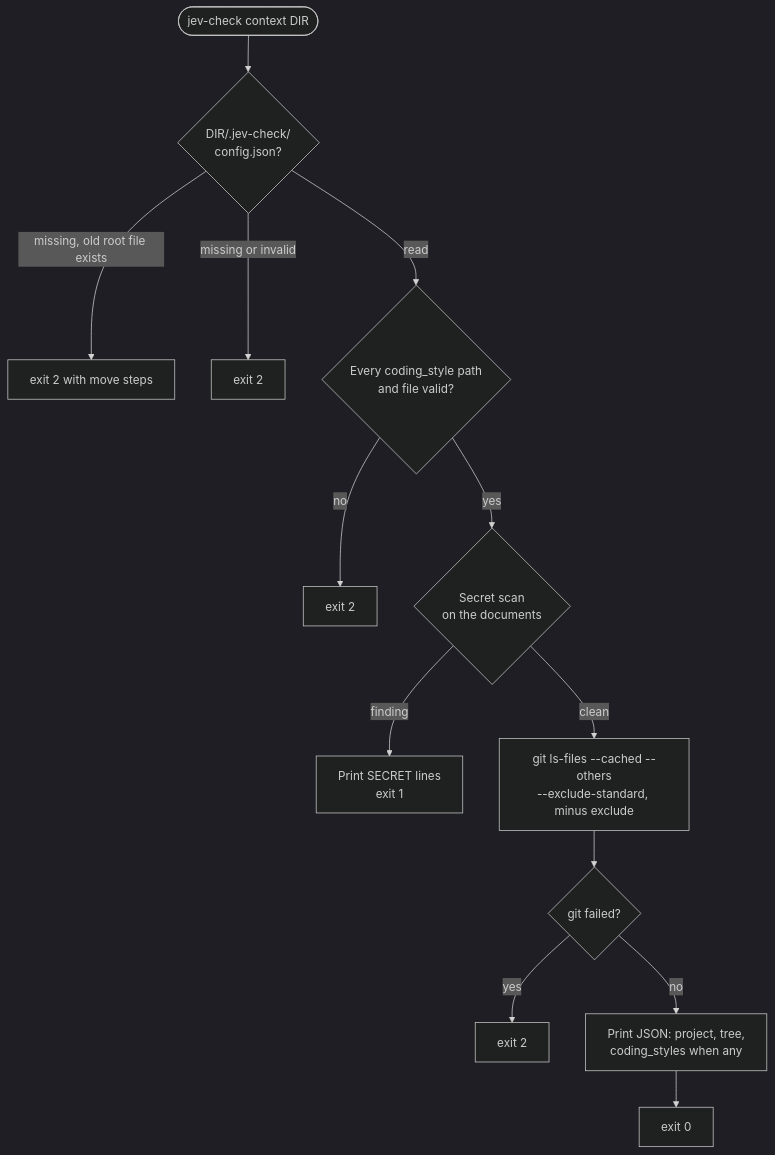
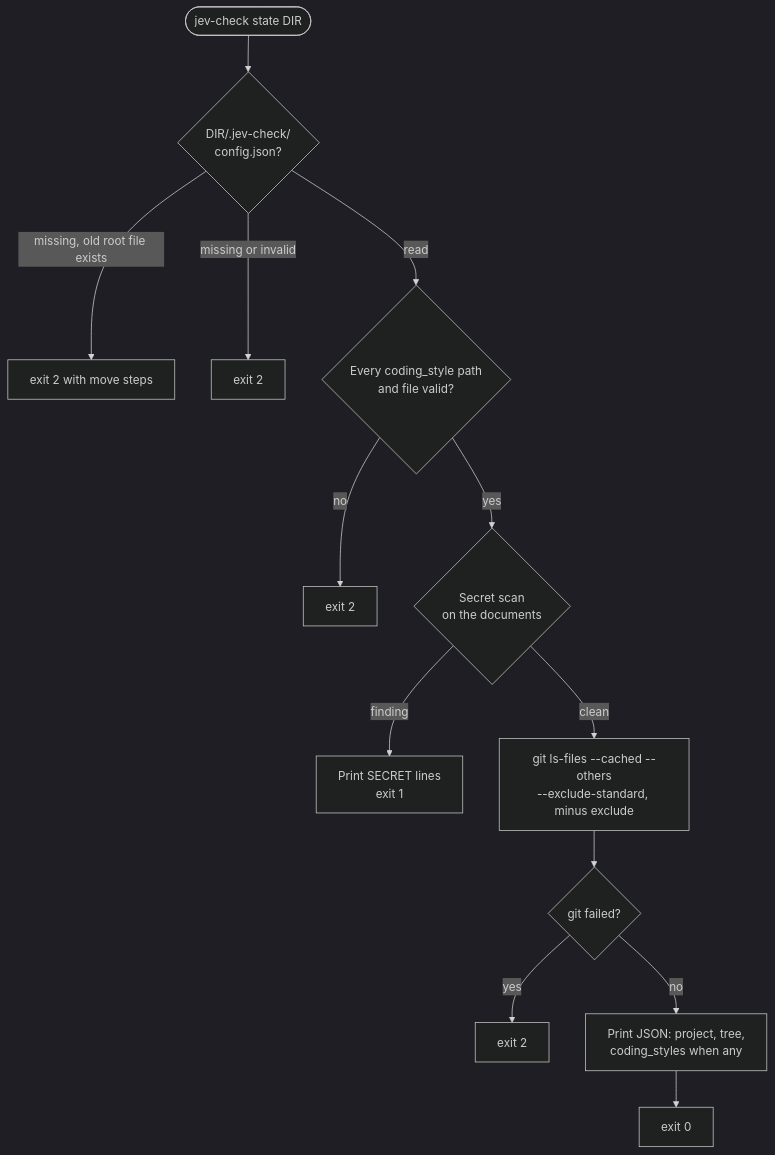
The seventh of 12 diagrams in README.md (luisferrassini/jev-check), drawn with Mermaid (dark theme) before and after one commit. The commit also changed other lines of this file and 7 other files, not shown here.

````diff
--- a/README.md
+++ b/README.md
@@ -823,15 +823,15 @@
 ```mermaid
 flowchart TD
-    s(["jev-check context DIR"]) --> cfg{"DIR/.jev-check/<br/>config.json?"}
+    s(["jev-check state DIR"]) --> cfg{"DIR/.jev-check/<br/>config.json?"}
     cfg -- "missing, old root file exists" --> e1["exit 2 with move steps"]
     cfg -- "missing or invalid" --> e2["exit 2"]
     cfg -- "read" --> styles{"Every coding_style path<br/>and file valid?"}
     styles -- "no" --> e3["exit 2"]
     styles -- "yes" --> scan{"Secret scan<br/>on the documents"}
     scan -- "finding" --> sec["Print SECRET lines<br/>exit 1"]
     scan -- "clean" --> tree["git ls-files --cached --others<br/>--exclude-standard, minus exclude"]
     tree --> gerr{"git failed?"}
     gerr -- "yes" --> e4["exit 2"]
     gerr -- "no" --> out["Print JSON: project, tree,<br/>coding_styles when any"]
     out --> ok["exit 0"]
 ```
````
